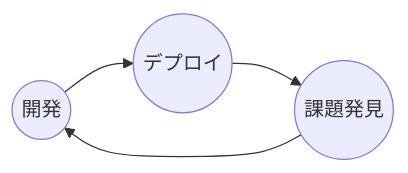
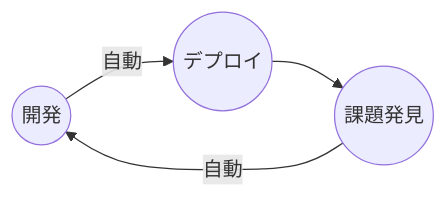
The second of 2 diagrams in profile/README.md (gakushu-lab/.github), drawn with Mermaid before and after one commit. The commit also changed other lines of this file, not shown here.

Commit message:
DevOps の図に、自動になった矢印を示すラベルを付ける

````diff
--- a/profile/README.md
+++ b/profile/README.md
@@ -43,6 +45,6 @@
 ```mermaid
 flowchart LR
-  dev(("開発")) --> deploy(("デプロイ"))
+  dev(("開発")) -- 自動 --> deploy(("デプロイ"))
   deploy --> find(("課題発見"))
-  find --> dev
+  find -- 自動 --> dev
 ```
````
